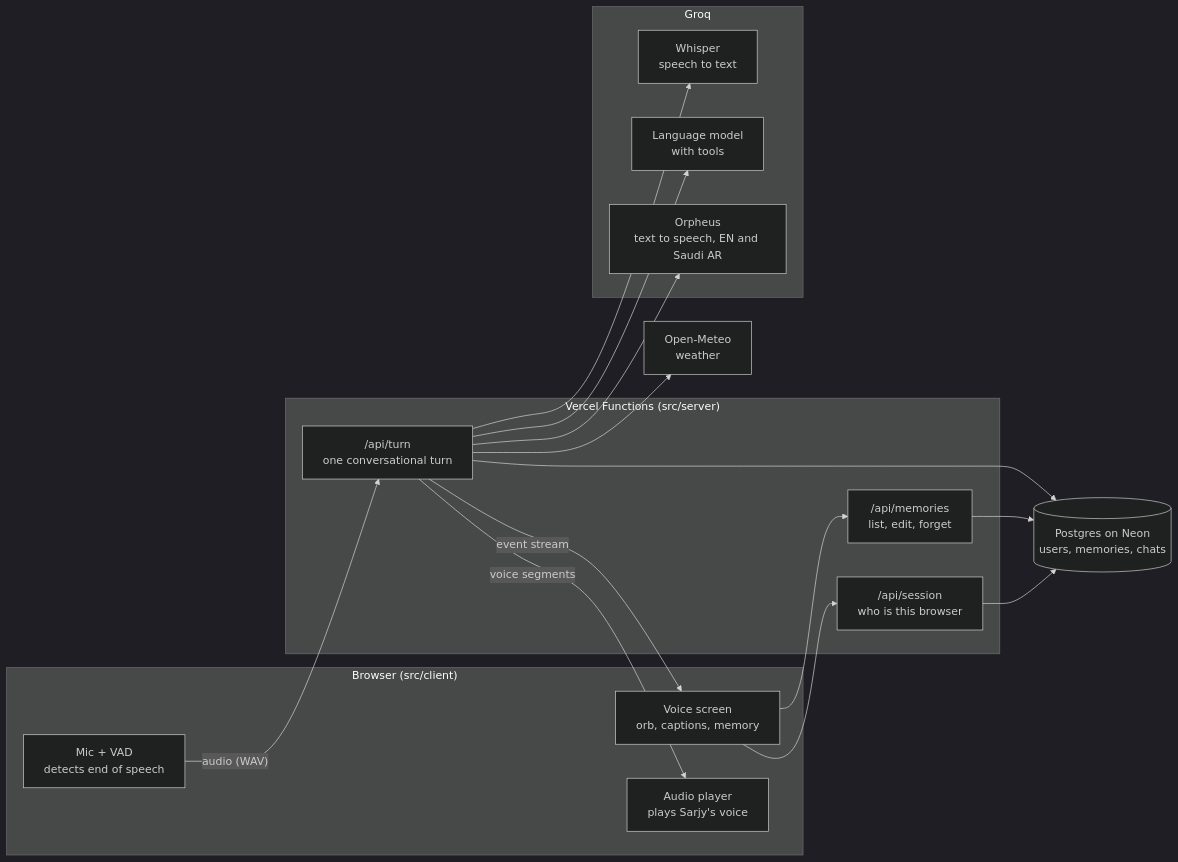
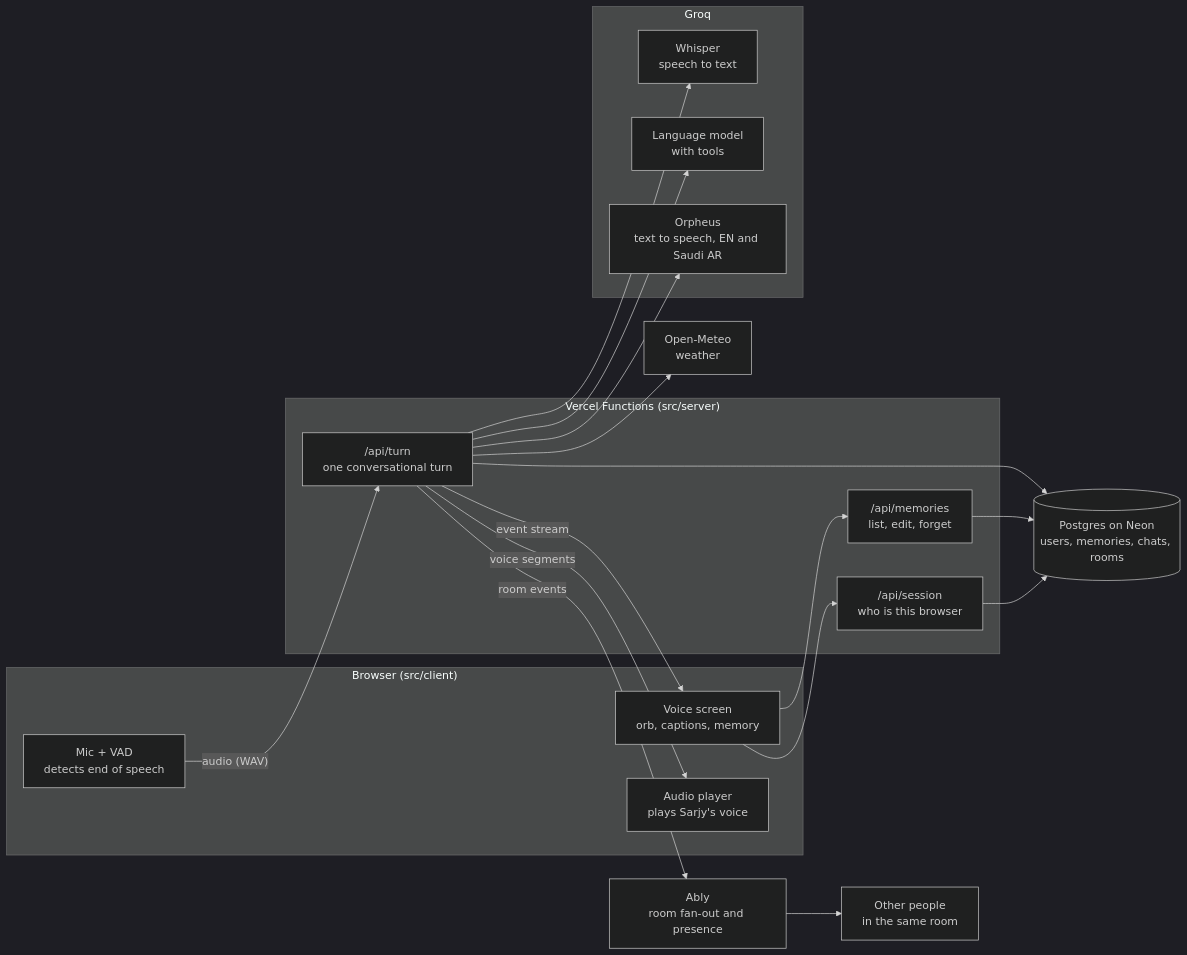
One commit to Turki-Sh/Sarjy changed the first of 5 diagrams in docs/02-ARCHITECTURE.md. Above: the diagram before and after it, drawn with Mermaid (dark theme). The commit also changed other lines of this file and 9 other files, not shown here.

````diff
--- a/docs/02-ARCHITECTURE.md
+++ b/docs/02-ARCHITECTURE.md
@@ -9,36 +9,40 @@
 ```mermaid
 flowchart LR
   subgraph Browser["Browser (src/client)"]
     MIC["Mic + VAD<br/>detects end of speech"]
     UI["Voice screen<br/>orb, captions, memory"]
     PLAY["Audio player<br/>plays Sarjy's voice"]
   end
 
   subgraph Vercel["Vercel Functions (src/server)"]
     TURN["/api/turn<br/>one conversational turn"]
     MEM["/api/memories<br/>list, edit, forget"]
     SESS["/api/session<br/>who is this browser"]
   end
 
   subgraph Groq["Groq"]
     STT["Whisper<br/>speech to text"]
     LLM["Language model<br/>with tools"]
     TTS["Orpheus<br/>text to speech, EN and Saudi AR"]
   end
 
   METEO["Open-Meteo<br/>weather"]
-  DB[("Postgres on Neon<br/>users, memories, chats")]
+  DB[("Postgres on Neon<br/>users, memories, chats, rooms")]
+  ABLY["Ably<br/>room fan-out and presence"]
+  OTHERS["Other people<br/>in the same room"]
 
   MIC -- "audio (WAV)" --> TURN
   TURN -- "event stream" --> UI
   TURN -- "voice segments" --> PLAY
   UI --> MEM
   UI --> SESS
   TURN --> STT
   TURN --> LLM
   TURN --> TTS
   TURN --> METEO
   TURN --> DB
   MEM --> DB
   SESS --> DB
+  TURN -- "room events" --> ABLY
+  ABLY --> OTHERS
 ```
````
